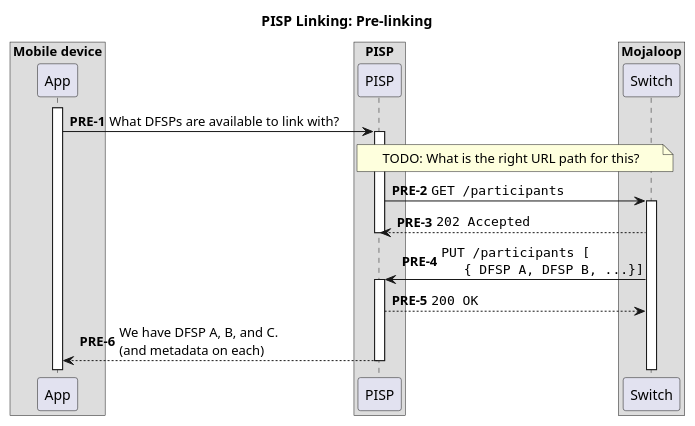
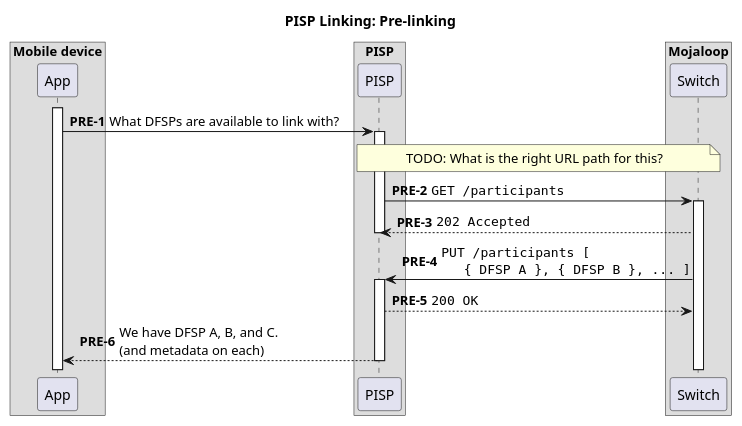
The diagram in docs/linking/0-pre-linking.puml (mojaloop/pisp-project), drawn with PlantUML before and after one commit.

Commit message:
Updated mistaken formatting for pre-linking diagram

```diff
--- a/docs/linking/0-pre-linking.puml
+++ b/docs/linking/0-pre-linking.puml
@@ -1,35 +1,35 @@
 @startuml
 
 title PISP Linking: Pre-linking
 
 box "Mobile device"
     participant App
 end box
 
 box "PISP"
     participant PISP
 end box
 
 box "Mojaloop"
     participant Switch
 end box
 
 autonumber 1 "<b>PRE-#</b>"
 activate App
 App -> PISP ++: What DFSPs are available to link with?
 
 note over PISP, Switch
   TODO: What is the right URL path for this?
 end note
 
 PISP -> Switch ++: ""GET /participants""
 Switch --> PISP: ""202 Accepted""
 deactivate PISP
 
 Switch -> PISP ++: ""PUT /participants [""\n\
-  ""  { DFSP A, DFSP B, ...}]""
+  ""  { DFSP A }, { DFSP B }, ... ]""
 PISP --> Switch: ""200 OK""
 
 PISP --> App --: We have DFSP A, B, and C.\n(and metadata on each)
 
 @enduml
```
